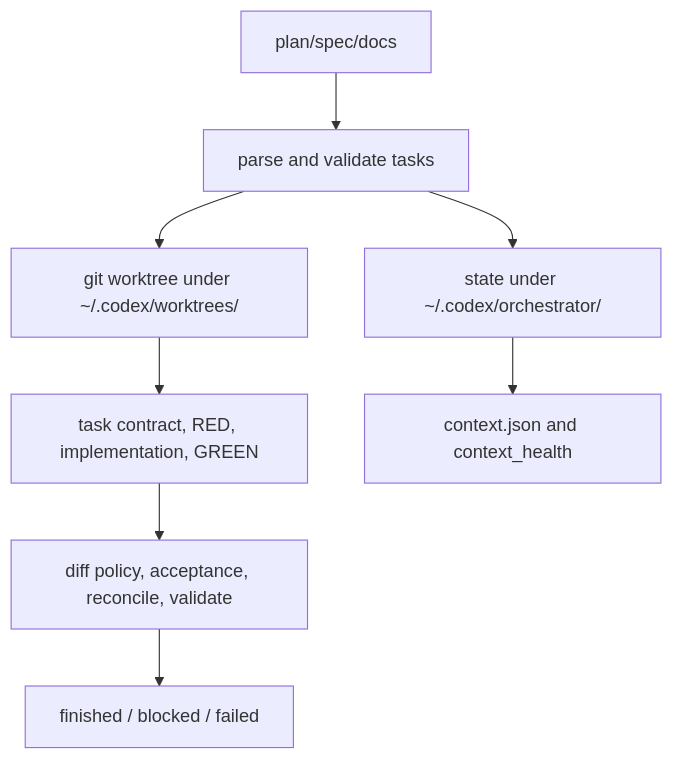
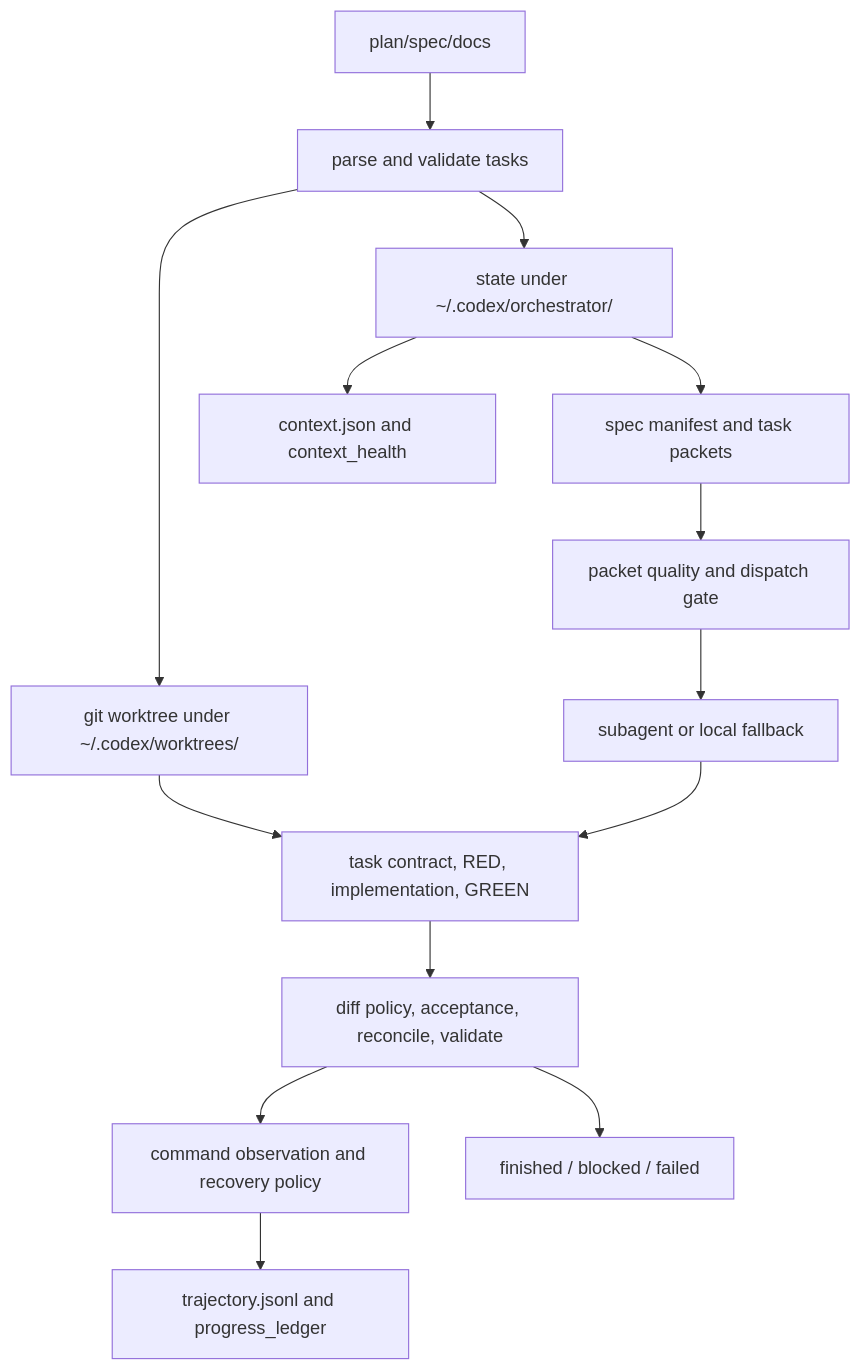
The diagram in skills/kws-codex-plan-executor/ARCHITECTURE.md (beyondwin/Archive), drawn with Mermaid before and after one commit. The commit also changed other lines of this file and 34 other files, not shown here.

Commit message:
Improve CPE subagent quality controls

````diff
--- a/skills/kws-codex-plan-executor/ARCHITECTURE.md
+++ b/skills/kws-codex-plan-executor/ARCHITECTURE.md
@@ -5,10 +5,16 @@
 ```mermaid
 flowchart TD
   Plan["plan/spec/docs"] --> Parse["parse and validate tasks"]
   Parse --> Worktree["git worktree under ~/.codex/worktrees/<run_id>"]
   Parse --> State["state under ~/.codex/orchestrator/<run_id>"]
+  State --> Packet["spec manifest and task packets"]
+  Packet --> Gate["packet quality and dispatch gate"]
+  Gate --> Worker["subagent or local fallback"]
   Worktree --> Task["task contract, RED, implementation, GREEN"]
   State --> Context["context.json and context_health"]
+  Worker --> Task
   Task --> Verify["diff policy, acceptance, reconcile, validate"]
+  Verify --> Recovery["command observation and recovery policy"]
+  Recovery --> Trajectory["trajectory.jsonl and progress_ledger"]
   Verify --> Done["finished / blocked / failed"]
 ```
````
